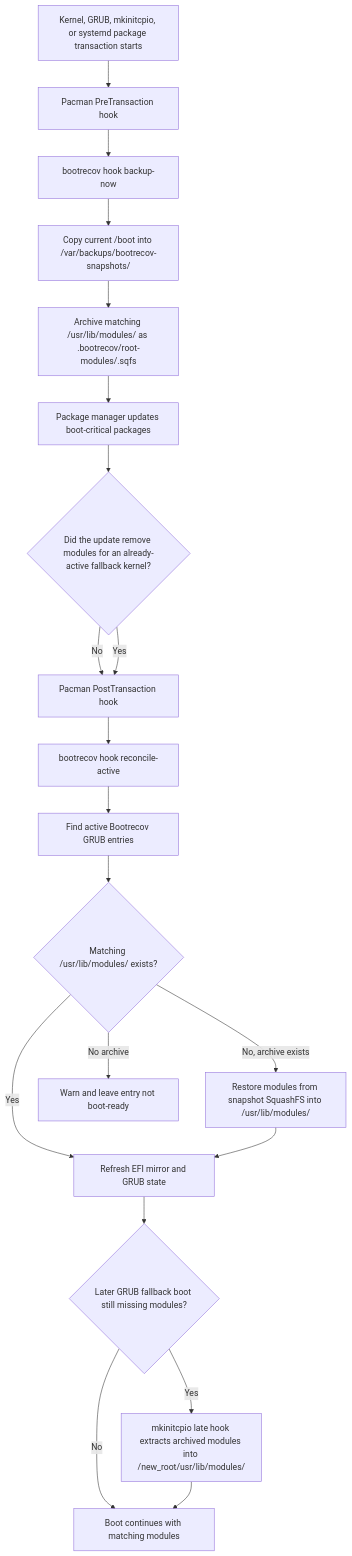
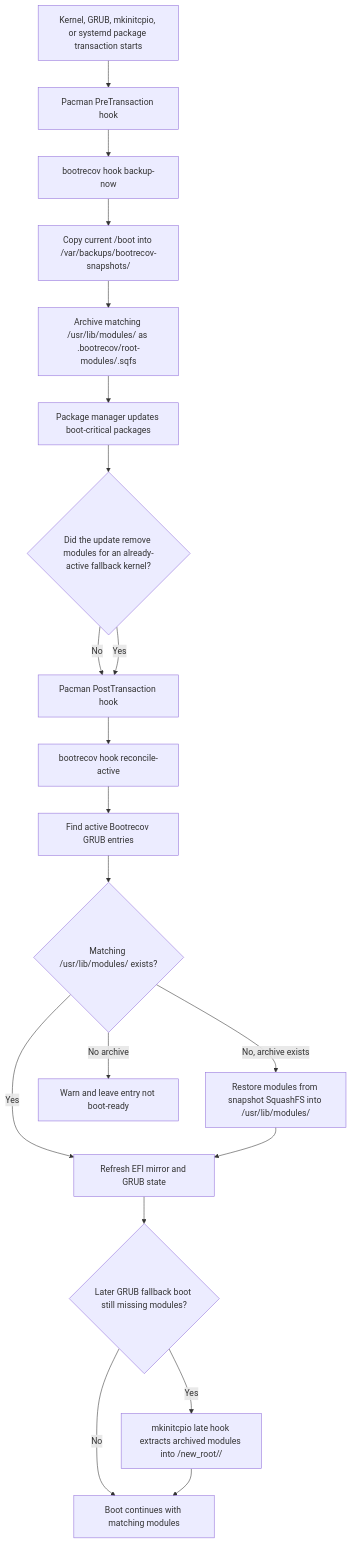
One commit to marang/bootrecov changed the diagram in README.md. Above: the diagram before and after it, drawn with Mermaid. The commit also changed other lines of this file and 6 other files, not shown here.

````diff
--- a/README.md
+++ b/README.md
@@ -389,22 +389,22 @@
 ```mermaid
 flowchart TD
     A["Kernel, GRUB, mkinitcpio, or systemd package transaction starts"] --> B["Pacman PreTransaction hook"]
     B --> C["bootrecov hook backup-now"]
     C --> D["Copy current /boot into /var/backups/bootrecov-snapshots/<name>"]
     D --> E["Archive matching /usr/lib/modules/<kernel-version> as .bootrecov/root-modules/<kernel-version>.sqfs"]
     E --> F["Package manager updates boot-critical packages"]
     F --> G{"Did the update remove modules for an already-active fallback kernel?"}
     G -->|No| H["Pacman PostTransaction hook"]
     G -->|Yes| H
     H --> I["bootrecov hook reconcile-active"]
     I --> J["Find active Bootrecov GRUB entries"]
     J --> K{"Matching /usr/lib/modules/<fallback-version> exists?"}
     K -->|Yes| L["Refresh EFI mirror and GRUB state"]
     K -->|No, archive exists| M["Restore modules from snapshot SquashFS into /usr/lib/modules/<fallback-version>"]
     K -->|No archive| N["Warn and leave entry not boot-ready"]
     M --> L
     L --> O{"Later GRUB fallback boot still missing modules?"}
     O -->|No| P["Boot continues with matching modules"]
-    O -->|Yes| Q["mkinitcpio late hook extracts archived modules into /new_root/usr/lib/modules/<fallback-version>"]
+    O -->|Yes| Q["mkinitcpio late hook extracts archived modules into /new_root/<root-modules-dir>/<fallback-version>"]
     Q --> P
 ```
````
